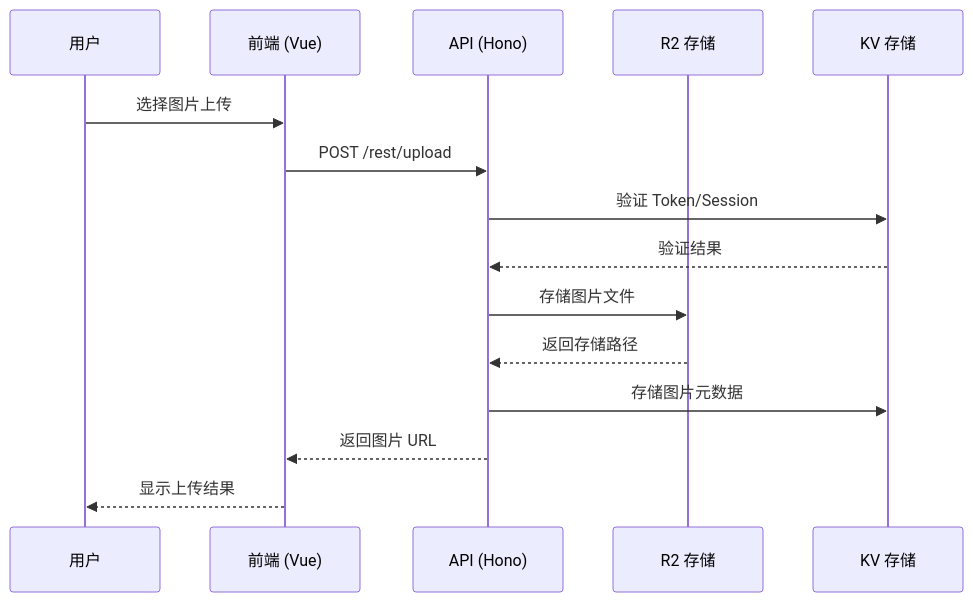
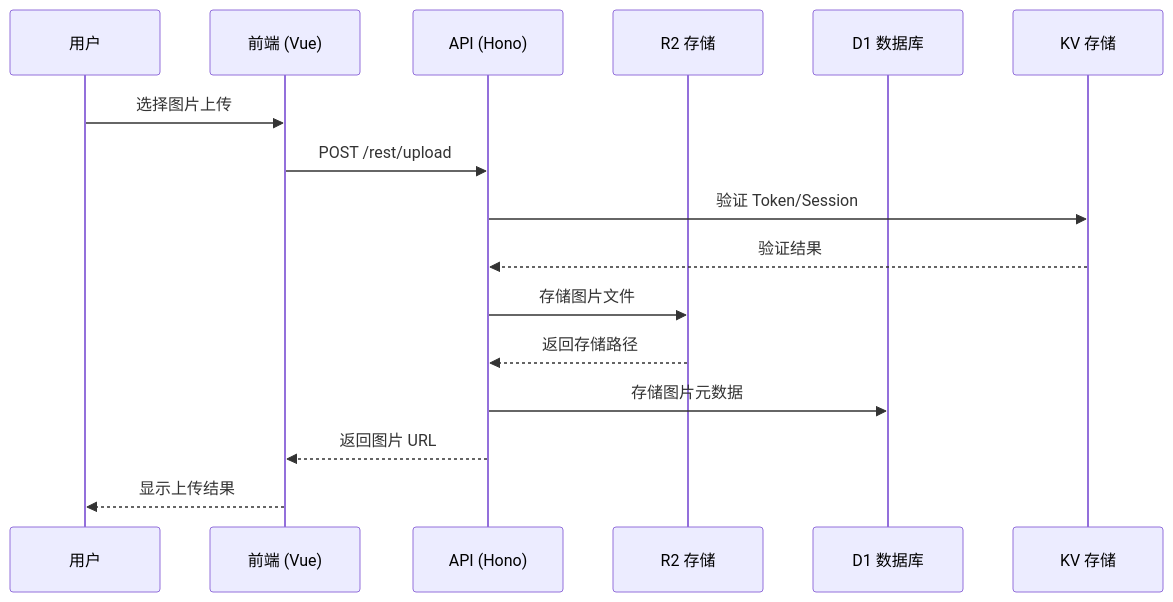
Before and after one commit to roimdev/roim-picx: the second of 2 diagrams in README.md, drawn with Mermaid. The commit also changed other lines of this file, not shown here.

````diff
--- a/README.md
+++ b/README.md
@@ -130,18 +137,19 @@
 ```mermaid
 sequenceDiagram
     participant U as 用户
     participant F as 前端 (Vue)
     participant A as API (Hono)
     participant R as R2 存储
+    participant D as D1 数据库
     participant K as KV 存储
 
     U->>F: 选择图片上传
     F->>A: POST /rest/upload
     A->>K: 验证 Token/Session
     K-->>A: 验证结果
     A->>R: 存储图片文件
     R-->>A: 返回存储路径
-    A->>K: 存储图片元数据
+    A->>D: 存储图片元数据
     A-->>F: 返回图片 URL
     F-->>U: 显示上传结果
 ```
````
